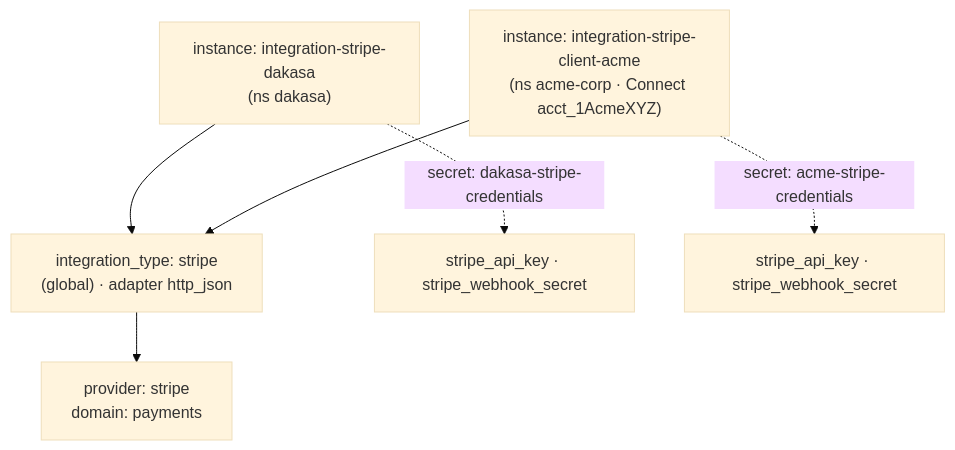
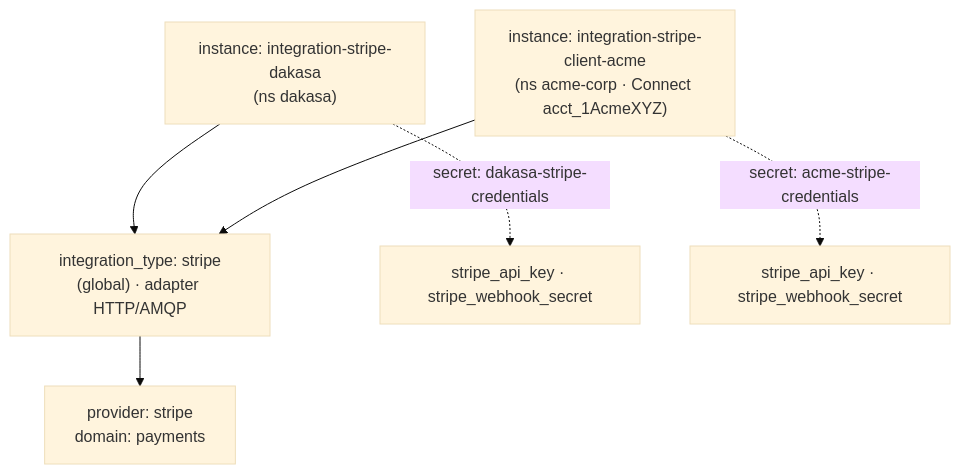
The second of 3 diagrams in README.md (dakasa-yggdrasil/integration-stripe), drawn with Mermaid (base theme) before and after one commit. The commit also changed other lines of this file and 15 other files, not shown here.

Commit message:
🐛 Honor Stripe AMQP quorum transport

````diff
--- a/README.md
+++ b/README.md
@@ -54,12 +54,12 @@
 ```mermaid
 flowchart TD
   prov["provider: stripe<br/>domain: payments"]
-  type["integration_type: stripe<br/>(global) · adapter http_json"]
+  type["integration_type: stripe<br/>(global) · adapter HTTP/AMQP"]
   inst1["instance: integration-stripe-dakasa<br/>(ns dakasa)"]
   inst2["instance: integration-stripe-client-acme<br/>(ns acme-corp · Connect acct_1AcmeXYZ)"]
   type --> prov
   inst1 --> type
   inst2 --> type
   inst1 -. "secret: dakasa-stripe-credentials" .-> sec1["stripe_api_key · stripe_webhook_secret"]
   inst2 -. "secret: acme-stripe-credentials" .-> sec2["stripe_api_key · stripe_webhook_secret"]
 ```
````
